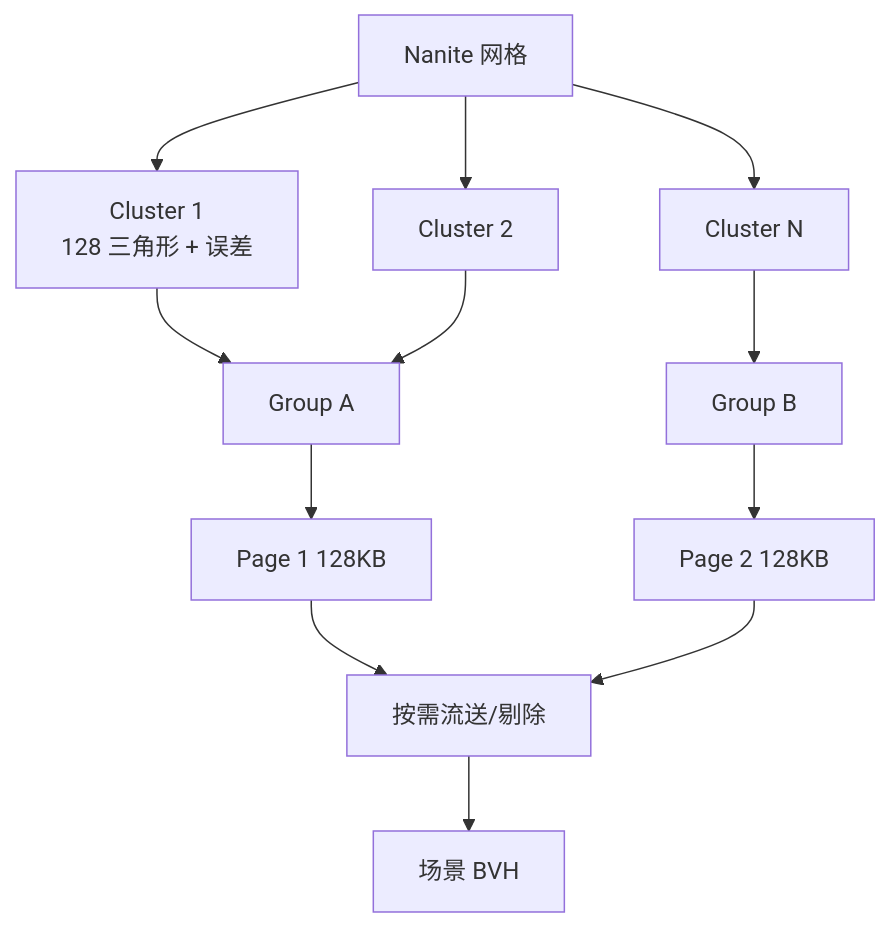
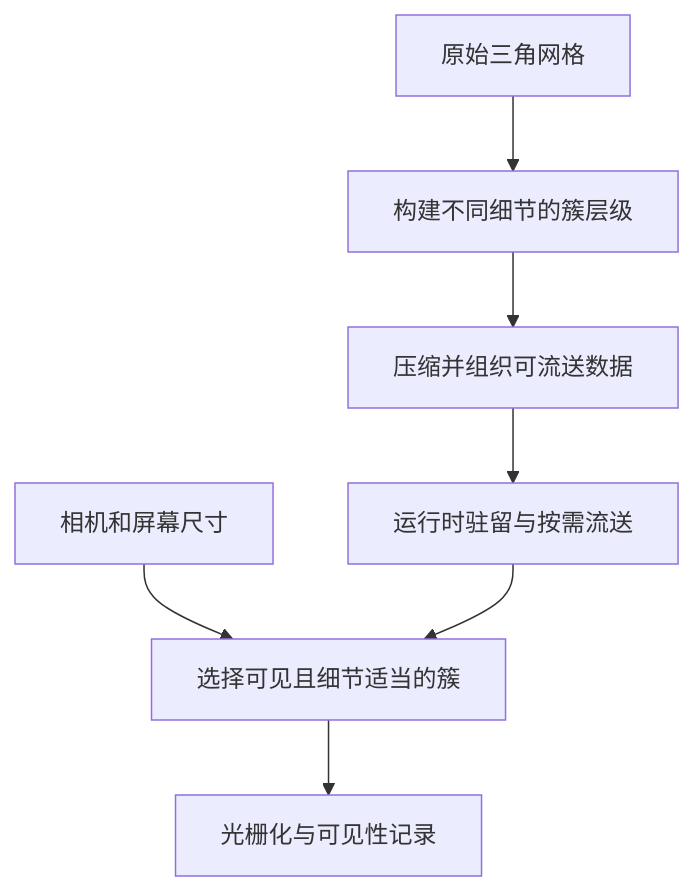
The first of 3 diagrams in 知识/04-图形动画与物理仿真/渲染管线与光照/04-Nanite与Lumen.md (fantuan812/learning), drawn with Mermaid before and after one commit. The commit also changed other lines of this file and 2 other files, not shown here.

````diff
--- a/知识/04-图形动画与物理仿真/渲染管线与光照/04-Nanite与Lumen.md
+++ b/知识/04-图形动画与物理仿真/渲染管线与光照/04-Nanite与Lumen.md
@@ -72,14 +74,9 @@
 ```mermaid
 flowchart TB
-    M[Nanite 网格] --> C1[Cluster 1<br/>128 三角形 + 误差]
-    M --> C2[Cluster 2]
-    M --> C3[Cluster N]
-    C1 --> G1[Group A]
-    C2 --> G1
-    C3 --> G2[Group B]
-    G1 --> P1[Page 1 128KB]
-    G2 --> P2[Page 2 128KB]
-    P1 --> ST[按需流送/剔除]
-    P2 --> ST
-    ST --> BVH[场景 BVH]
+    M[原始三角网格] --> BUILD[构建不同细节的簇层级]
+    BUILD --> DATA[压缩并组织可流送数据]
+    DATA --> RES[运行时驻留与按需流送]
+    CAM[相机和屏幕尺寸] --> SELECT[选择可见且细节适当的簇]
+    RES --> SELECT
+    SELECT --> R[光栅化与可见性记录]
 ```
````
